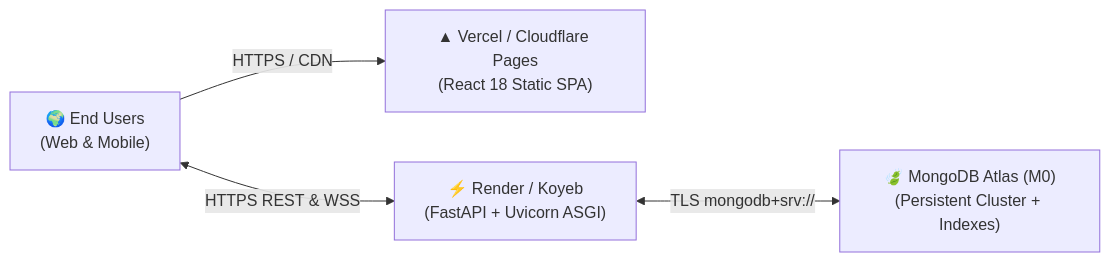
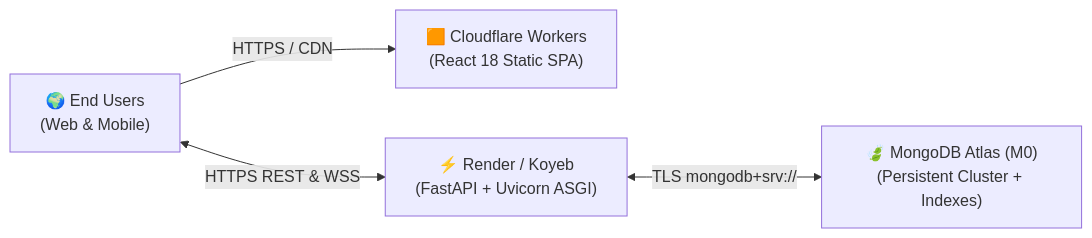
Before and after one commit to Developer-Rajesh100/MatchGrid: the fifth of 5 diagrams in docs/system_architecture.md, drawn with Mermaid. The commit also changed other lines of this file and 5 other files, not shown here.

````diff
--- a/docs/system_architecture.md
+++ b/docs/system_architecture.md
@@ -469,6 +473,6 @@
 ```mermaid
 flowchart LR
-    Users["🌍 End Users\n(Web & Mobile)"] -->|HTTPS / CDN| Vercel["▲ Vercel / Cloudflare Pages\n(React 18 Static SPA)"]
+    Users["🌍 End Users\n(Web & Mobile)"] -->|HTTPS / CDN| CF["🟧 Cloudflare Workers\n(React 18 Static SPA)"]
     Users <-->|HTTPS REST & WSS| Render["⚡ Render / Koyeb\n(FastAPI + Uvicorn ASGI)"]
     Render <-->|TLS mongodb+srv://| Atlas["🍃 MongoDB Atlas (M0)\n(Persistent Cluster + Indexes)"]
 ```
````
